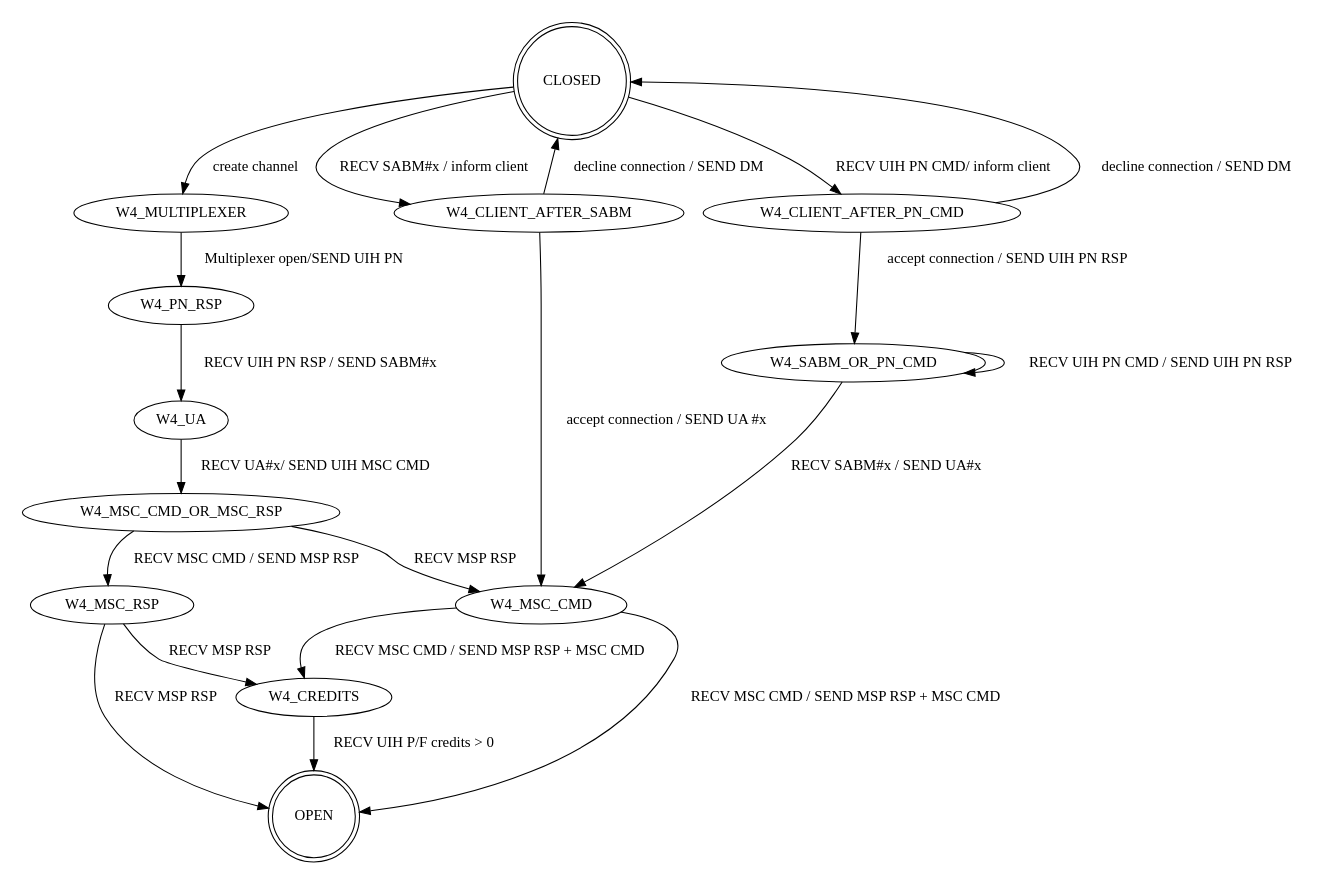
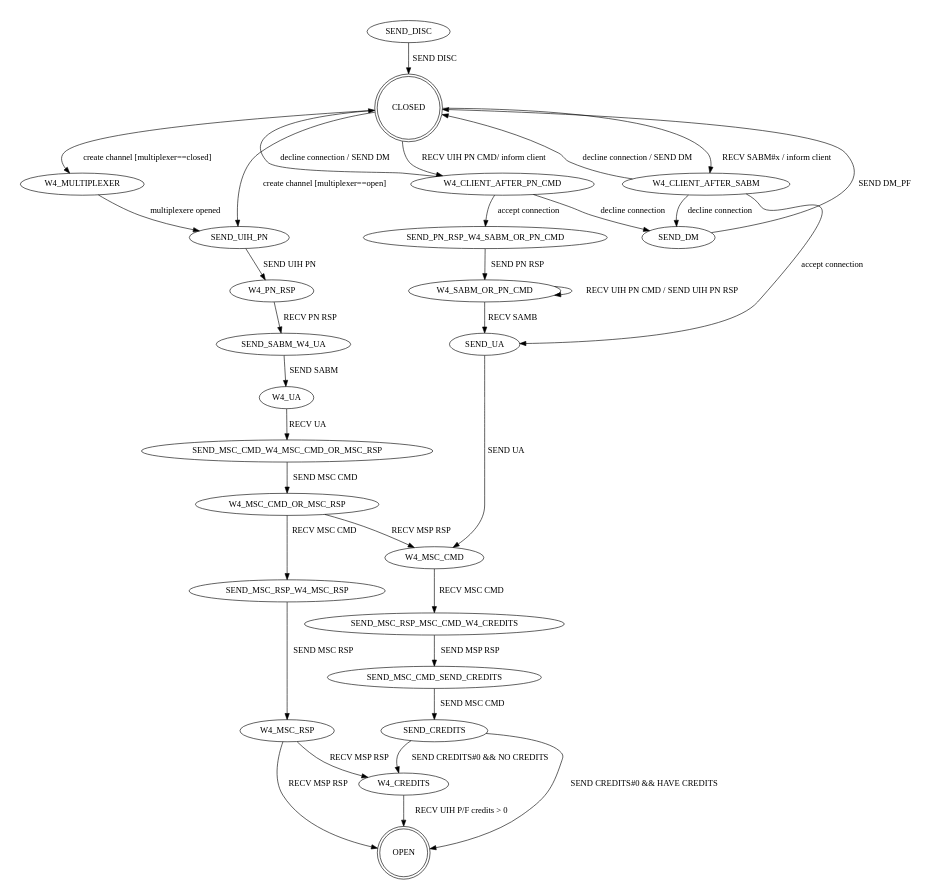
Before and after one commit to manuelnaranjo/btstack-android: the diagram in docs/rfcomm-channel.gv, drawn with Graphviz. The commit also changed other lines of this file, not shown here.

Commit message:
introduced RFCOMM_SEND_UIH_PN state

```diff
--- a/docs/rfcomm-channel.gv
+++ b/docs/rfcomm-channel.gv
@@ -1,54 +1,62 @@
 digraph rfcomm_channel {
 	// rankdir=LR;
 	size="8,5"
     // orientation=landscape;
     // rotate = 90;
 
     CLOSED  [shape=doublecircle];
 	OPEN  [shape=doublecircle];
 
     // DISC #x or DM
-    // W4_SABM_OR_PN_CMD->CLOSED    [label = "RECV DISC#x / SEND UA#x"];
-    // W4_MSC_CMD->CLOSED           [label = "RECV DISC#x / SEND UA#x"];
-    // W4_CLIENT_AFTER_SABM->CLOSED [label = "RECV DISC#x / SEND UA#x"];
-    // W4_SABM_OR_PN_CMD->CLOSED    [label = "RECV DM"];
-    // W4_MSC_CMD->CLOSED           [label = "RECV DM"];
-    // W4_CLIENT_AFTER_SABM->CLOSED [label = "RECV DM"];
 
     // rfcomm_create_channel_internal
-    CLOSED->W4_MULTIPLEXER [label = "create channel"];
-    
-    // rfcomm_multiplexer_start_connecting
-    W4_MULTIPLEXER->W4_PN_RSP[ label = "Multiplexer open/SEND UIH PN"];    
-    
+    CLOSED->W4_MULTIPLEXER [label = "create channel [multiplexer==closed]"];
+    CLOSED->SEND_UIH_PN [label = "create channel [multiplexer==open]"];
+    W4_MULTIPLEXER->SEND_UIH_PN [label = "multiplexere opened"];
+    SEND_UIH_PN->W4_PN_RSP [label="SEND UIH PN"];
+        
     // rfcomm_multiplexer_l2cap_packet_handler
     
     // rfcomm_packet_handler
-    W4_SABM_OR_PN_CMD->W4_MSC_CMD [label = "RECV SABM#x / SEND UA#x"];
     CLOSED->W4_CLIENT_AFTER_SABM  [label = "RECV SABM#x / inform client"];
-    W4_UA->W4_MSC_CMD_OR_MSC_RSP  [label = "RECV UA#x/ SEND UIH MSC CMD"];
 
     CLOSED->W4_CLIENT_AFTER_PN_CMD [label = "RECV UIH PN CMD/ inform client"];
     W4_SABM_OR_PN_CMD->W4_SABM_OR_PN_CMD [label = "RECV UIH PN CMD / SEND UIH PN RSP"];
-
-    W4_PN_RSP->W4_UA [ label = "RECV UIH PN RSP / SEND SABM#x" ];
-
-    W4_MSC_CMD_OR_MSC_RSP -> W4_MSC_RSP [label = "RECV MSC CMD / SEND MSP RSP"];
-    W4_MSC_CMD -> OPEN [label = "RECV MSC CMD / SEND MSP RSP + MSC CMD"];
-    W4_MSC_CMD -> W4_CREDITS [label = "RECV MSC CMD / SEND MSP RSP + MSC CMD"];
-   
+    W4_SABM_OR_PN_CMD->SEND_UA [label ="RECV SAMB"];
+    
     W4_MSC_CMD_OR_MSC_RSP-> W4_MSC_CMD [label = "RECV MSP RSP"];
     W4_MSC_RSP -> W4_CREDITS [label = "RECV MSP RSP"];
     W4_MSC_RSP -> OPEN [label = "RECV MSP RSP"];
      
     W4_CREDITS -> OPEN [label = "RECV UIH P/F credits > 0"];
-    
-    // rfcomm_accept_connection_internal
-    W4_CLIENT_AFTER_SABM->W4_MSC_CMD [label = "accept connection / SEND UA #x"];
-    W4_CLIENT_AFTER_PN_CMD->W4_SABM_OR_PN_CMD [label = "accept connection / SEND UIH PN RSP"];
-    
+        
     // rfcomm_decline_connection_internal
     W4_CLIENT_AFTER_SABM->CLOSED [label = "decline connection / SEND DM"];
     W4_CLIENT_AFTER_PN_CMD->CLOSED [label = "decline connection / SEND DM"];
     
+    // rfcomm_run
+    SEND_MSC_CMD_W4_MSC_CMD_OR_MSC_RSP->W4_MSC_CMD_OR_MSC_RSP [label="SEND MSC CMD"];
+    SEND_MSC_RSP_W4_MSC_RSP->W4_MSC_RSP [label="SEND MSC RSP"];
+    SEND_MSC_CMD_SEND_CREDITS->SEND_CREDITS [label="SEND MSC CMD"];
+    SEND_CREDITS->OPEN [label="SEND CREDITS#0 && HAVE CREDITS"];
+    SEND_CREDITS->W4_CREDITS [label="SEND CREDITS#0 && NO CREDITS"];
+    SEND_DM->CLOSED [label="SEND DM_PF"];
+    SEND_DISC->CLOSED [label="SEND DISC"];
+    SEND_UA->W4_MSC_CMD [label="SEND UA"];
+    SEND_PN_RSP_W4_SABM_OR_PN_CMD->W4_SABM_OR_PN_CMD[label="SEND PN RSP"];
+
+    // rfcomm_decline_connection_internal
+    W4_CLIENT_AFTER_SABM->SEND_DM[label="decline connection"];
+    W4_CLIENT_AFTER_PN_CMD->SEND_DM[label="decline connection"];
+
+    // 
+    W4_CLIENT_AFTER_SABM->SEND_UA[label="accept connection"];
+    W4_CLIENT_AFTER_PN_CMD->SEND_PN_RSP_W4_SABM_OR_PN_CMD[label="accept connection"];
+    
+    W4_PN_RSP->SEND_SABM_W4_UA [label="RECV PN RSP"];
+    SEND_SABM_W4_UA->W4_UA[label="SEND SABM"];
+    W4_UA->SEND_MSC_CMD_W4_MSC_CMD_OR_MSC_RSP[label="RECV UA"];
+    W4_MSC_CMD_OR_MSC_RSP->SEND_MSC_RSP_W4_MSC_RSP[label="RECV MSC CMD"];
+    SEND_MSC_RSP_MSC_CMD_W4_CREDITS->SEND_MSC_CMD_SEND_CREDITS [label="SEND MSP RSP"];
+    W4_MSC_CMD->SEND_MSC_RSP_MSC_CMD_W4_CREDITS [label="RECV MSC CMD"];
 }
```
